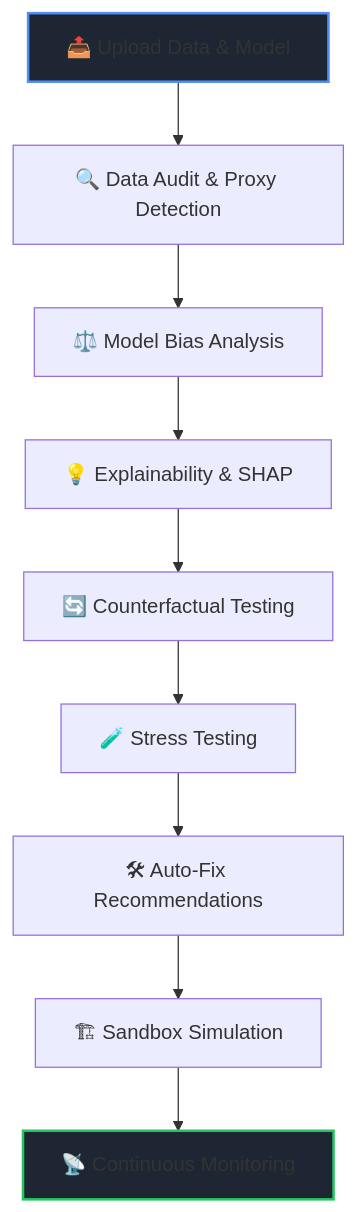
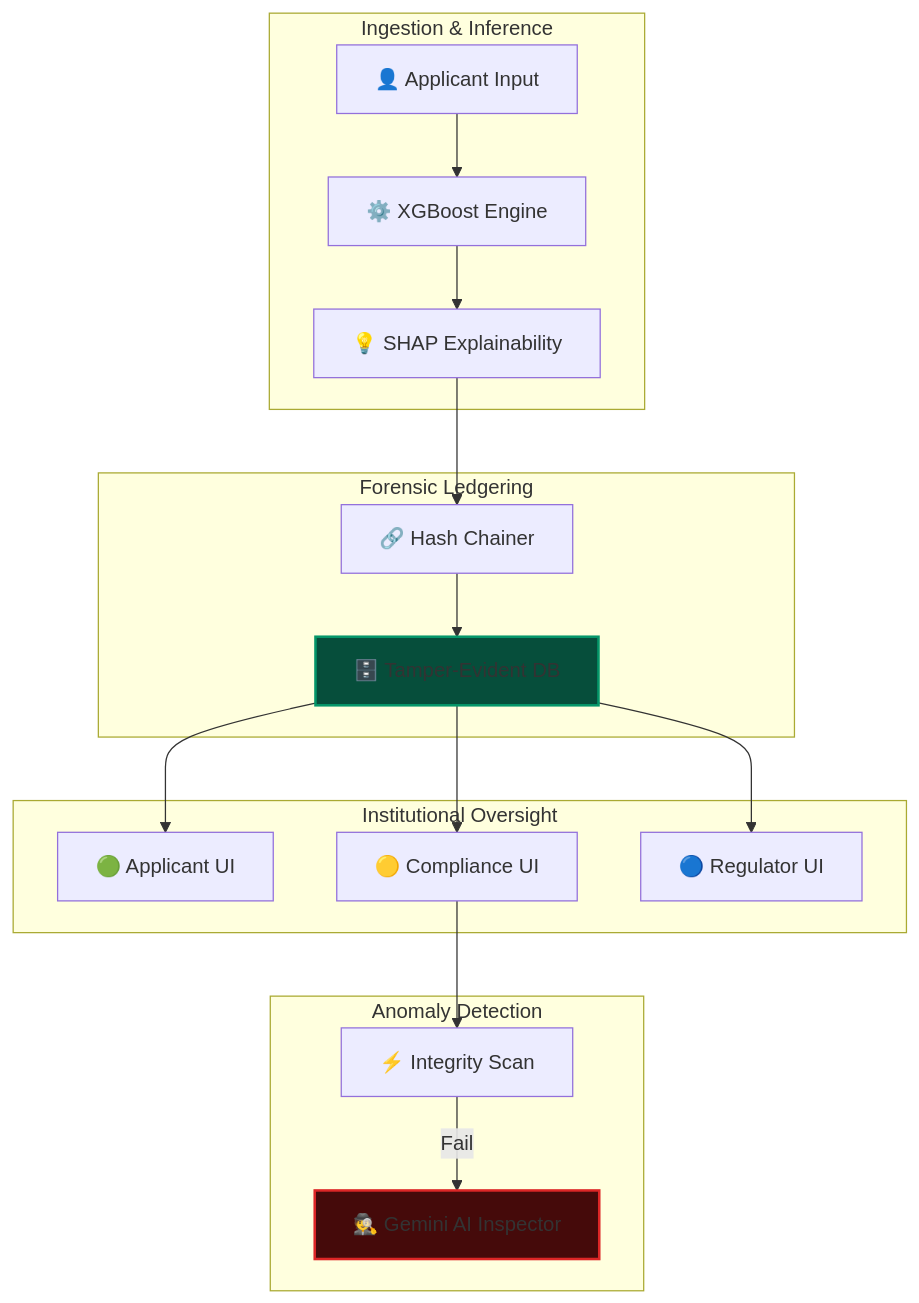
The diagram in README.md (Ganesh-0509/Credifi), drawn with Mermaid before and after one commit. The commit also changed other lines of this file and 22 other files, not shown here.

Commit message:
Finalized forensic architecture, institutional branding, and legal framework

````diff
--- a/README.md
+++ b/README.md
@@ -30,14 +60,26 @@
 ```mermaid
 graph TD
-    A[📤 Upload Data & Model] --> B[🔍 Data Audit & Proxy Detection]
-    B --> C[⚖️ Model Bias Analysis]
-    C --> D[💡 Explainability & SHAP]
-    D --> E[🔄 Counterfactual Testing]
-    E --> F[🧪 Stress Testing]
-    F --> G[🛠 Auto-Fix Recommendations]
-    G --> H[🏗 Sandbox Simulation]
-    H --> I[📡 Continuous Monitoring]
+    subgraph "Ingestion & Inference"
+        A[👤 Applicant Input] --> B[⚙️ XGBoost Engine]
+        B --> C[💡 SHAP Explainability]
+    end
+
+    subgraph "Forensic Ledgering"
+        C --> D[🔗 Hash Chainer]
+        D --> E[🗄️ Tamper-Evident DB]
+    end
+
+    subgraph "Institutional Oversight"
+        E --> F[🟢 Applicant UI]
+        E --> G[🟡 Compliance UI]
+        E --> H[🔵 Regulator UI]
+    end
+
+    subgraph "Anomaly Detection"
+        G --> I[⚡ Integrity Scan]
+        I --"Fail"--> J[🕵️ Gemini AI Inspector]
+    end
     
-    style A fill:#1e2533,stroke:#4f8ef7,stroke-width:2px
-    style I fill:#1e2533,stroke:#22c55e,stroke-width:2px
+    style E fill:#064e3b,stroke:#059669,stroke-width:2px
+    style J fill:#450a0a,stroke:#dc2626,stroke-width:2px
 ```
````
